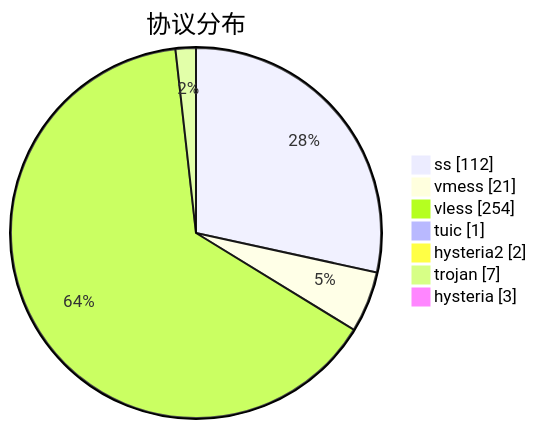
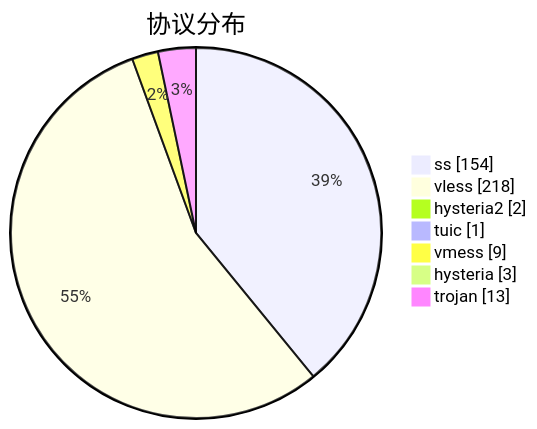
One commit to qjlxg/airport changed the third of 3 diagrams in subs/statistics/tested_within.md. Above: the diagram before and after it, drawn with Mermaid. The commit also changed other lines of this file and 2 other files, not shown here.

````diff
--- a/subs/statistics/tested_within.md
+++ b/subs/statistics/tested_within.md
@@ -33,11 +32,11 @@
 ```mermaid
 pie showData
 title 协议分布
-"ss" : 112
-"vmess" : 21
-"vless" : 254
+"ss" : 154
+"vless" : 218
+"hysteria2" : 2
 "tuic" : 1
-"hysteria2" : 2
-"trojan" : 7
+"vmess" : 9
 "hysteria" : 3
+"trojan" : 13
 ```
````
